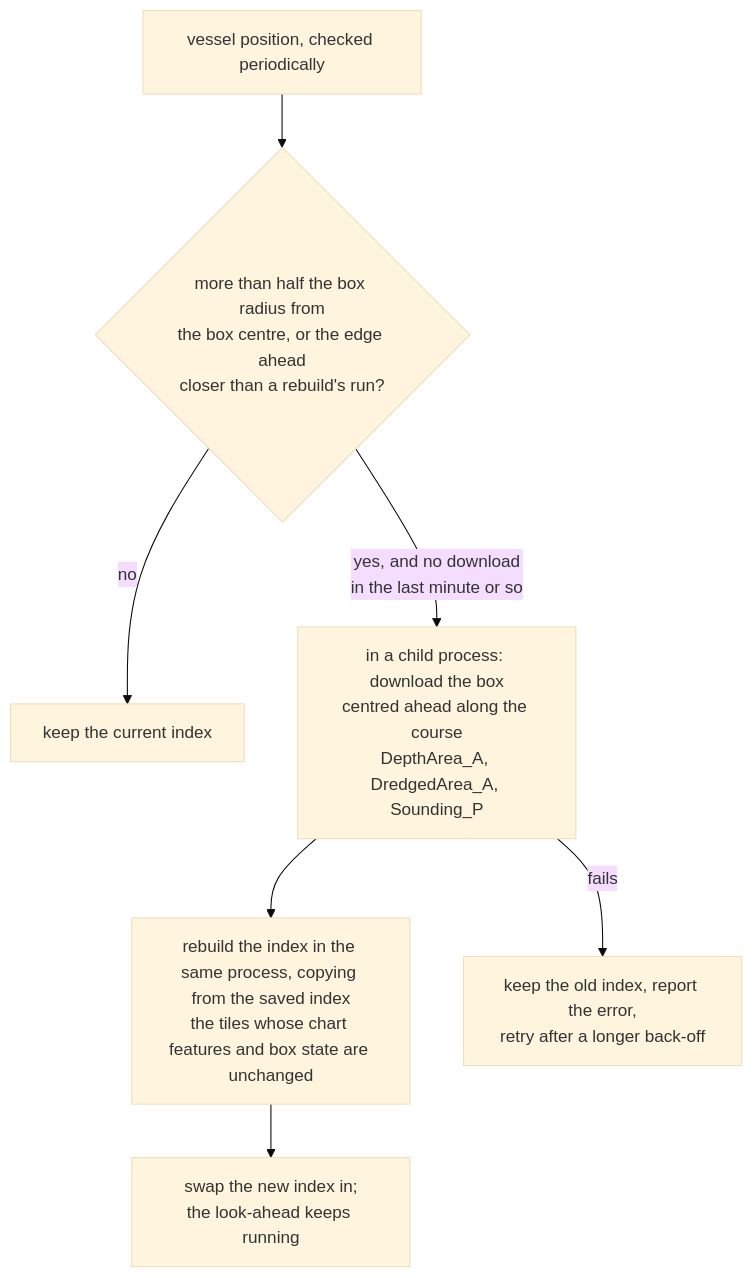
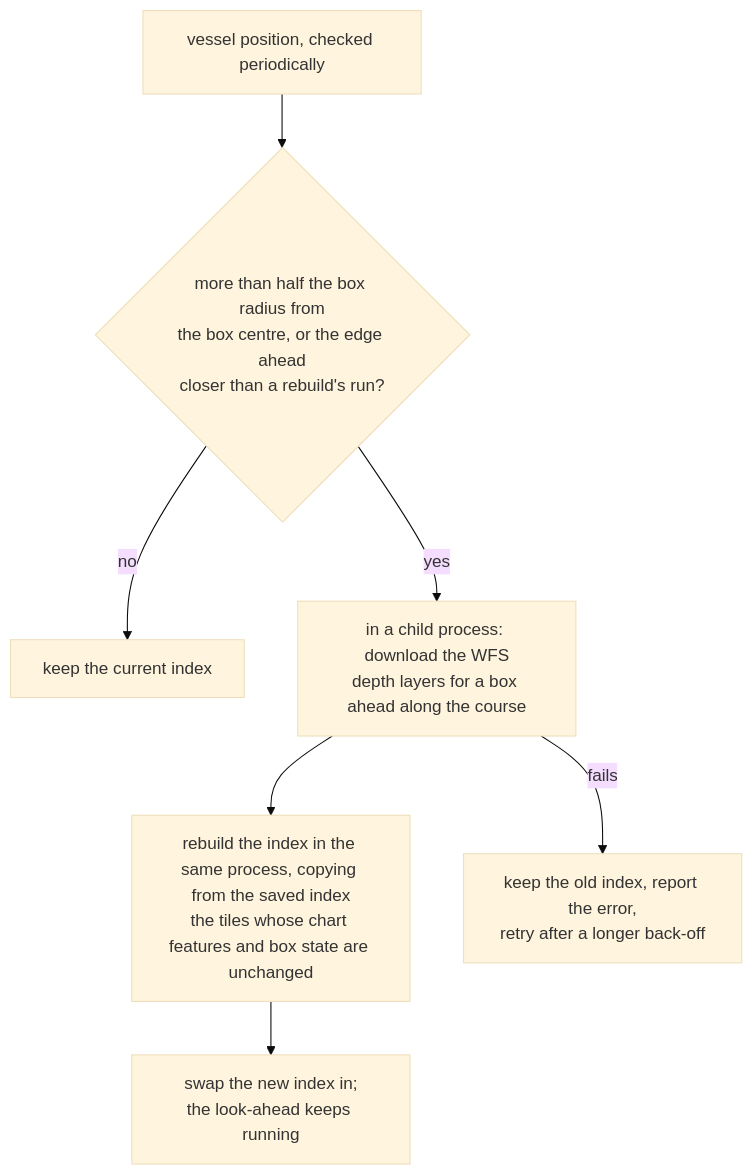
The sixth of 6 diagrams in docs/HOW-IT-WORKS.md (KEGustafsson/signalk-underkeel), drawn with Mermaid (base theme) before and after one commit. The commit also changed 1 other file, not shown here.

Commit message:
docs: a tarball glob the shell can run, and the WFS refresh diagram at the design level

````diff
--- a/docs/HOW-IT-WORKS.md
+++ b/docs/HOW-IT-WORKS.md
@@ -778,9 +778,9 @@
 ```mermaid
 flowchart TD
   P[vessel position, checked periodically] --> D{more than half the box radius from<br/>the box centre, or the edge ahead<br/>closer than a rebuild's run?}
   D -- no --> KEEP[keep the current index]
-  D -- yes, and no download<br/>in the last minute or so --> W[in a child process: download the box<br/>centred ahead along the course<br/>DepthArea_A, DredgedArea_A, Sounding_P]
+  D -- yes --> W[in a child process: download the WFS<br/>depth layers for a box ahead along the course]
   W --> B[rebuild the index in the same process, copying from the saved index<br/>the tiles whose chart features and box state are unchanged]
   B --> S[swap the new index in;<br/>the look-ahead keeps running]
   W -- fails --> E[keep the old index, report the error,<br/>retry after a longer back-off]
 ```
````
